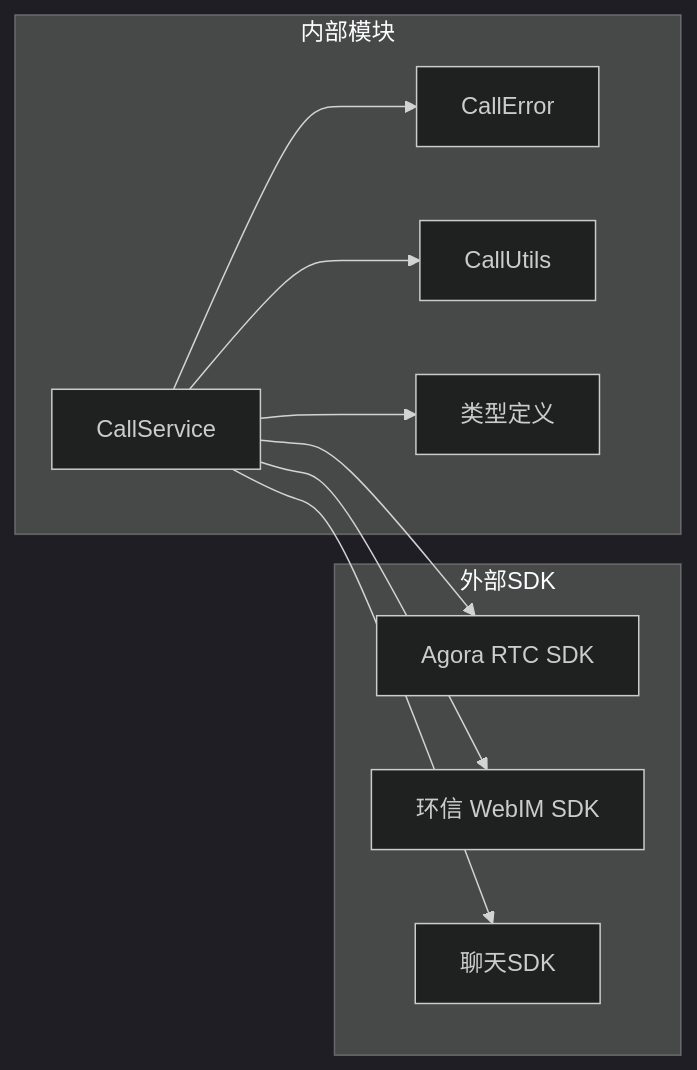
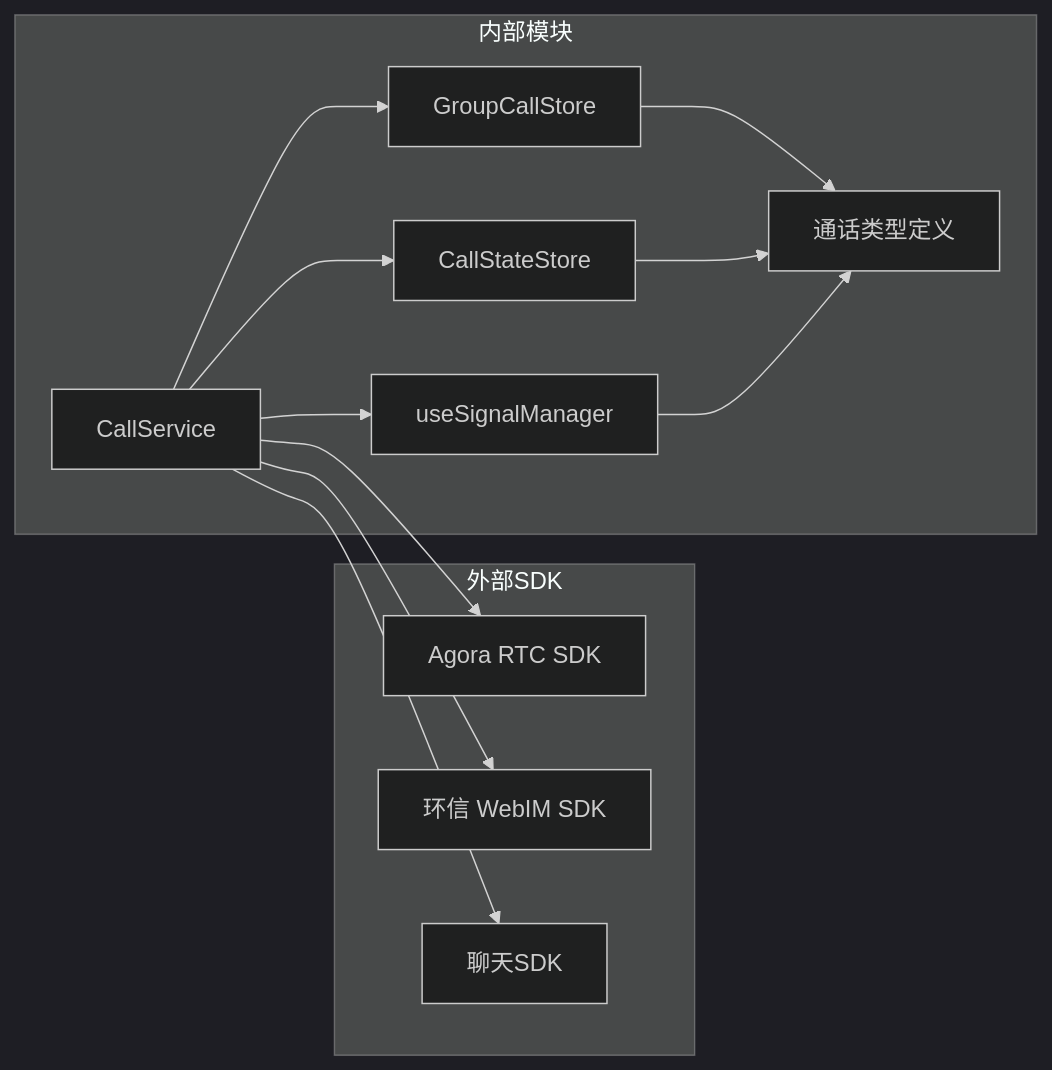
Before and after one commit to Easemob-Community/easemob-uikit-callkit-vue3: the seventh of 8 diagrams in .qoder/repowiki/zh/content/API 参考/服务层 API/CallService 通话服务.md, drawn with Mermaid (dark theme). The commit also changed other lines of this file and 54 other files, not shown here.

````diff
--- a/.qoder/repowiki/zh/content/API 参考/服务层 API/CallService 通话服务.md
+++ b/.qoder/repowiki/zh/content/API 参考/服务层 API/CallService 通话服务.md
@@ -287,20 +329,24 @@
 ```mermaid
 graph LR
 subgraph "外部SDK"
 AgoraRTC[Agora RTC SDK]
 WebIM[环信 WebIM SDK]
 ChatSDK[聊天SDK]
 end
 subgraph "内部模块"
 CallService[CallService]
-CallError[CallError]
-CallUtils[CallUtils]
-Types[类型定义]
+GroupCallStore[GroupCallStore]
+CallStateStore[CallStateStore]
+SignalManager[useSignalManager]
+CallTypes[通话类型定义]
 end
 CallService --> AgoraRTC
 CallService --> WebIM
 CallService --> ChatSDK
-CallService --> CallError
-CallService --> CallUtils
-CallService --> Types
+CallService --> GroupCallStore
+CallService --> CallStateStore
+CallService --> SignalManager
+GroupCallStore --> CallTypes
+CallStateStore --> CallTypes
+SignalManager --> CallTypes
 ```
````
